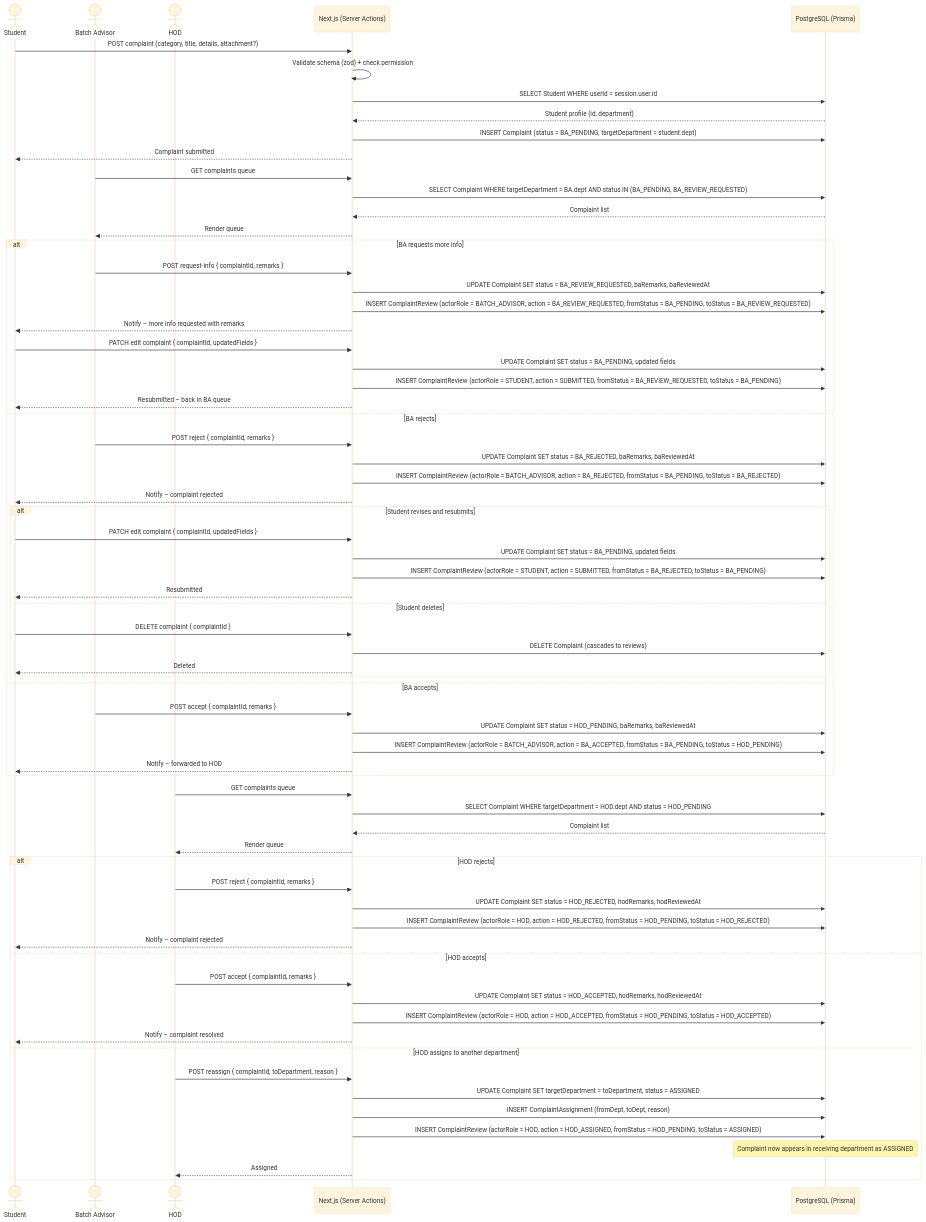
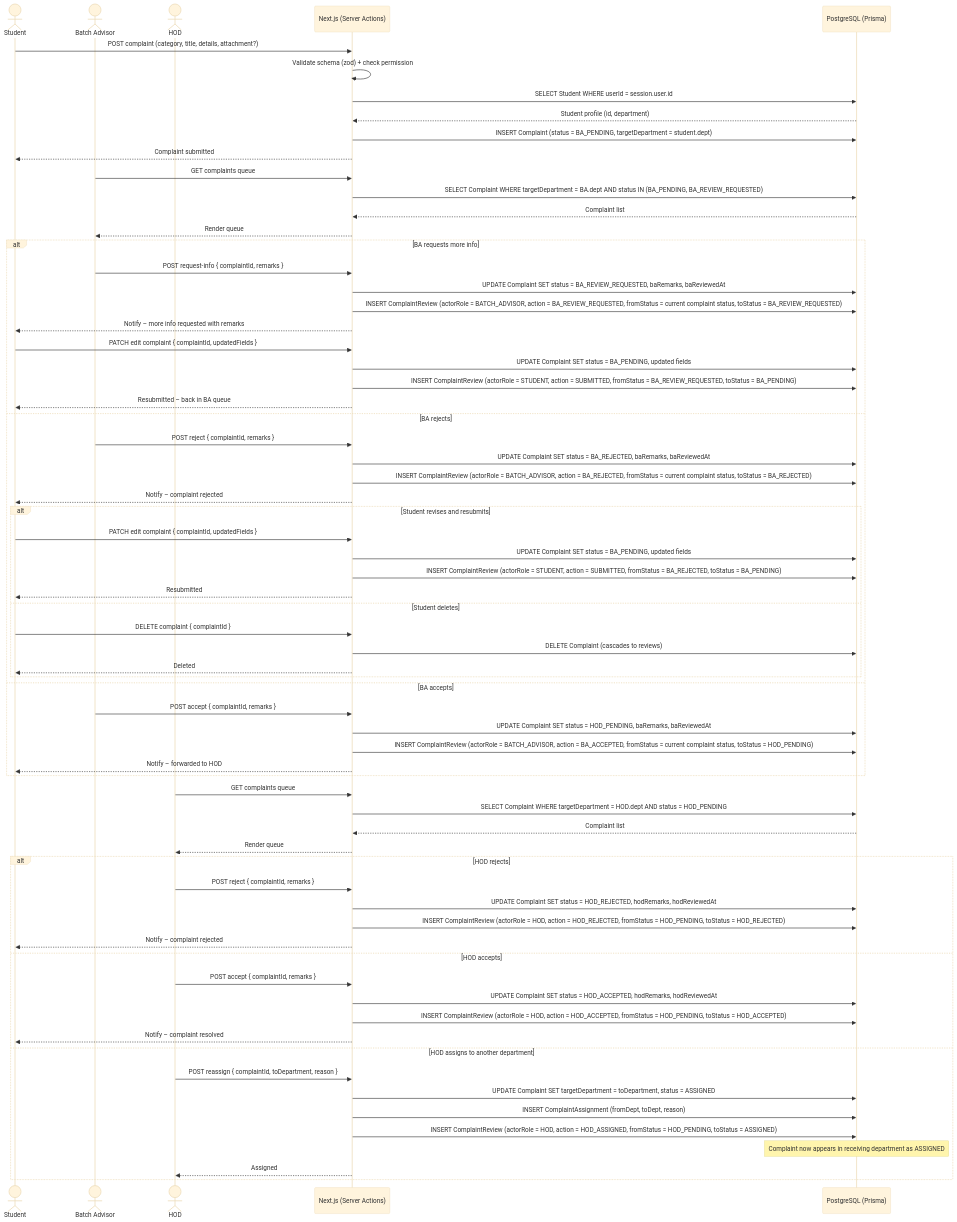
Before and after one commit to Ali1raz/portal-cui: the fourth of 5 diagrams in docs/05-sequence-diagrams.md, drawn with Mermaid (base theme). The commit also changed other lines of this file and 6 other files, not shown here.

Commit message:
(docs): update user flows

````diff
--- a/docs/05-sequence-diagrams.md
+++ b/docs/05-sequence-diagrams.md
@@ -197,75 +247,75 @@
 ```mermaid
 sequenceDiagram
     actor Student
     actor BA as Batch Advisor
     actor HOD
     participant Portal as Next.js (Server Actions)
     participant DB as PostgreSQL (Prisma)
 
     Student->>Portal: POST complaint (category, title, details, attachment?)
     Portal->>Portal: Validate schema (zod) + check permission
     Portal->>DB: SELECT Student WHERE userId = session.user.id
     DB-->>Portal: Student profile (id, department)
     Portal->>DB: INSERT Complaint (status = BA_PENDING, targetDepartment = student.dept)
     Portal-->>Student: Complaint submitted
 
     BA->>Portal: GET complaints queue
     Portal->>DB: SELECT Complaint WHERE targetDepartment = BA.dept AND status IN (BA_PENDING, BA_REVIEW_REQUESTED)
     DB-->>Portal: Complaint list
     Portal-->>BA: Render queue
 
     alt BA requests more info
         BA->>Portal: POST request-info { complaintId, remarks }
         Portal->>DB: UPDATE Complaint SET status = BA_REVIEW_REQUESTED, baRemarks, baReviewedAt
-        Portal->>DB: INSERT ComplaintReview (actorRole = BATCH_ADVISOR, action = BA_REVIEW_REQUESTED, fromStatus = BA_PENDING, toStatus = BA_REVIEW_REQUESTED)
+        Portal->>DB: INSERT ComplaintReview (actorRole = BATCH_ADVISOR, action = BA_REVIEW_REQUESTED, fromStatus = current complaint status, toStatus = BA_REVIEW_REQUESTED)
         Portal-->>Student: Notify – more info requested with remarks
         Student->>Portal: PATCH edit complaint { complaintId, updatedFields }
         Portal->>DB: UPDATE Complaint SET status = BA_PENDING, updated fields
         Portal->>DB: INSERT ComplaintReview (actorRole = STUDENT, action = SUBMITTED, fromStatus = BA_REVIEW_REQUESTED, toStatus = BA_PENDING)
         Portal-->>Student: Resubmitted – back in BA queue
     else BA rejects
         BA->>Portal: POST reject { complaintId, remarks }
         Portal->>DB: UPDATE Complaint SET status = BA_REJECTED, baRemarks, baReviewedAt
-        Portal->>DB: INSERT ComplaintReview (actorRole = BATCH_ADVISOR, action = BA_REJECTED, fromStatus = BA_PENDING, toStatus = BA_REJECTED)
+        Portal->>DB: INSERT ComplaintReview (actorRole = BATCH_ADVISOR, action = BA_REJECTED, fromStatus = current complaint status, toStatus = BA_REJECTED)
         Portal-->>Student: Notify – complaint rejected
         alt Student revises and resubmits
             Student->>Portal: PATCH edit complaint { complaintId, updatedFields }
             Portal->>DB: UPDATE Complaint SET status = BA_PENDING, updated fields
             Portal->>DB: INSERT ComplaintReview (actorRole = STUDENT, action = SUBMITTED, fromStatus = BA_REJECTED, toStatus = BA_PENDING)
             Portal-->>Student: Resubmitted
         else Student deletes
             Student->>Portal: DELETE complaint { complaintId }
             Portal->>DB: DELETE Complaint (cascades to reviews)
             Portal-->>Student: Deleted
         end
     else BA accepts
         BA->>Portal: POST accept { complaintId, remarks }
         Portal->>DB: UPDATE Complaint SET status = HOD_PENDING, baRemarks, baReviewedAt
-        Portal->>DB: INSERT ComplaintReview (actorRole = BATCH_ADVISOR, action = BA_ACCEPTED, fromStatus = BA_PENDING, toStatus = HOD_PENDING)
+        Portal->>DB: INSERT ComplaintReview (actorRole = BATCH_ADVISOR, action = BA_ACCEPTED, fromStatus = current complaint status, toStatus = HOD_PENDING)
         Portal-->>Student: Notify – forwarded to HOD
     end
 
     HOD->>Portal: GET complaints queue
     Portal->>DB: SELECT Complaint WHERE targetDepartment = HOD.dept AND status = HOD_PENDING
     DB-->>Portal: Complaint list
     Portal-->>HOD: Render queue
 
     alt HOD rejects
         HOD->>Portal: POST reject { complaintId, remarks }
         Portal->>DB: UPDATE Complaint SET status = HOD_REJECTED, hodRemarks, hodReviewedAt
         Portal->>DB: INSERT ComplaintReview (actorRole = HOD, action = HOD_REJECTED, fromStatus = HOD_PENDING, toStatus = HOD_REJECTED)
         Portal-->>Student: Notify – complaint rejected
     else HOD accepts
         HOD->>Portal: POST accept { complaintId, remarks }
         Portal->>DB: UPDATE Complaint SET status = HOD_ACCEPTED, hodRemarks, hodReviewedAt
         Portal->>DB: INSERT ComplaintReview (actorRole = HOD, action = HOD_ACCEPTED, fromStatus = HOD_PENDING, toStatus = HOD_ACCEPTED)
         Portal-->>Student: Notify – complaint resolved
     else HOD assigns to another department
         HOD->>Portal: POST reassign { complaintId, toDepartment, reason }
         Portal->>DB: UPDATE Complaint SET targetDepartment = toDepartment, status = ASSIGNED
         Portal->>DB: INSERT ComplaintAssignment (fromDept, toDept, reason)
         Portal->>DB: INSERT ComplaintReview (actorRole = HOD, action = HOD_ASSIGNED, fromStatus = HOD_PENDING, toStatus = ASSIGNED)
         Note over DB: Complaint now appears in receiving department as ASSIGNED
         Portal-->>HOD: Assigned
     end
 ```
````
